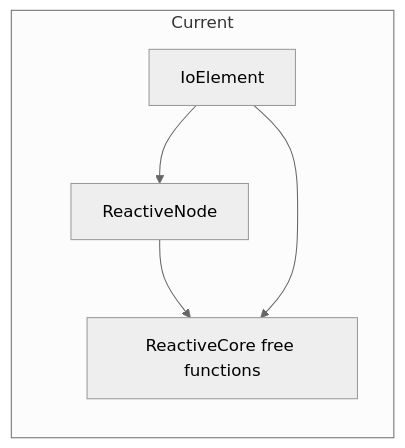
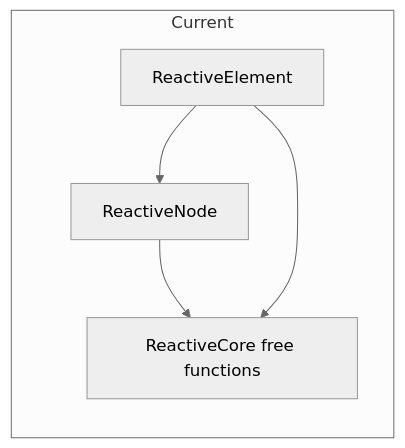
Before and after one commit to io-gui/io: the first of 2 diagrams in .cursor/plans/principles_evaluation.plan.md, drawn with Mermaid (neutral theme). The commit also changed other lines of this file and 126 other files, not shown here.

````diff
--- a/.cursor/plans/principles_evaluation.plan.md
+++ b/.cursor/plans/principles_evaluation.plan.md
@@ -131,11 +131,11 @@
 ```mermaid
 flowchart LR
   subgraph today [Current]
     RN[ReactiveNode]
-    IE[IoElement]
+    IE[ReactiveElement]
     RC[ReactiveCore free functions]
     RN --> RC
     IE --> RC
     IE --> RN
   end
 ```
````
